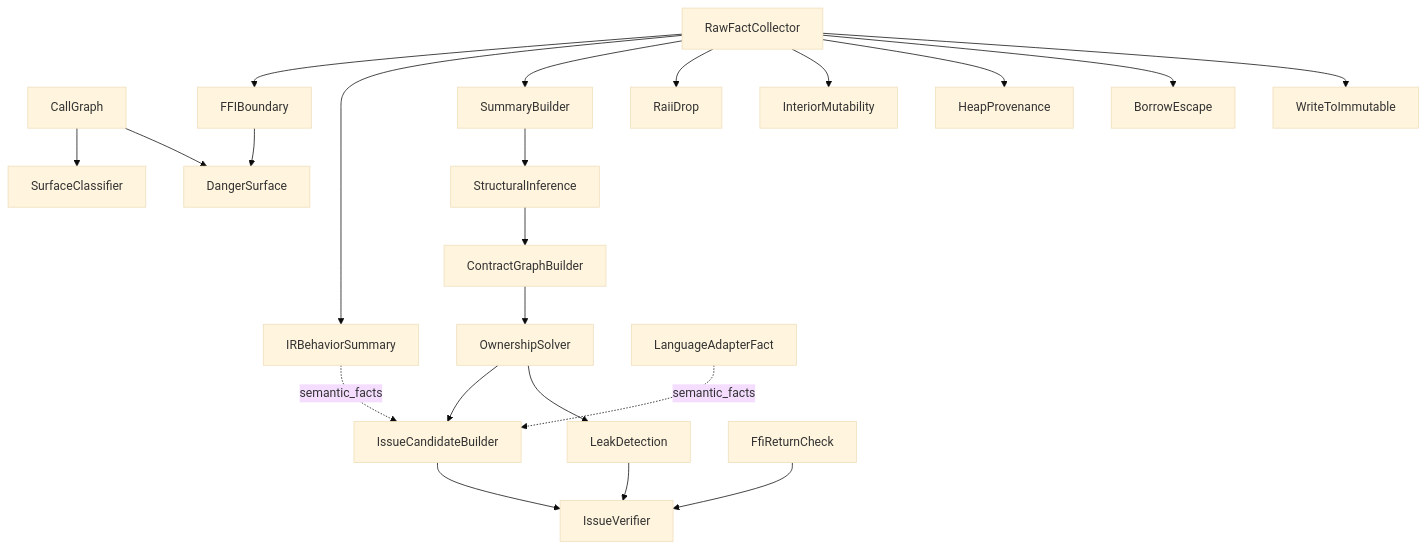
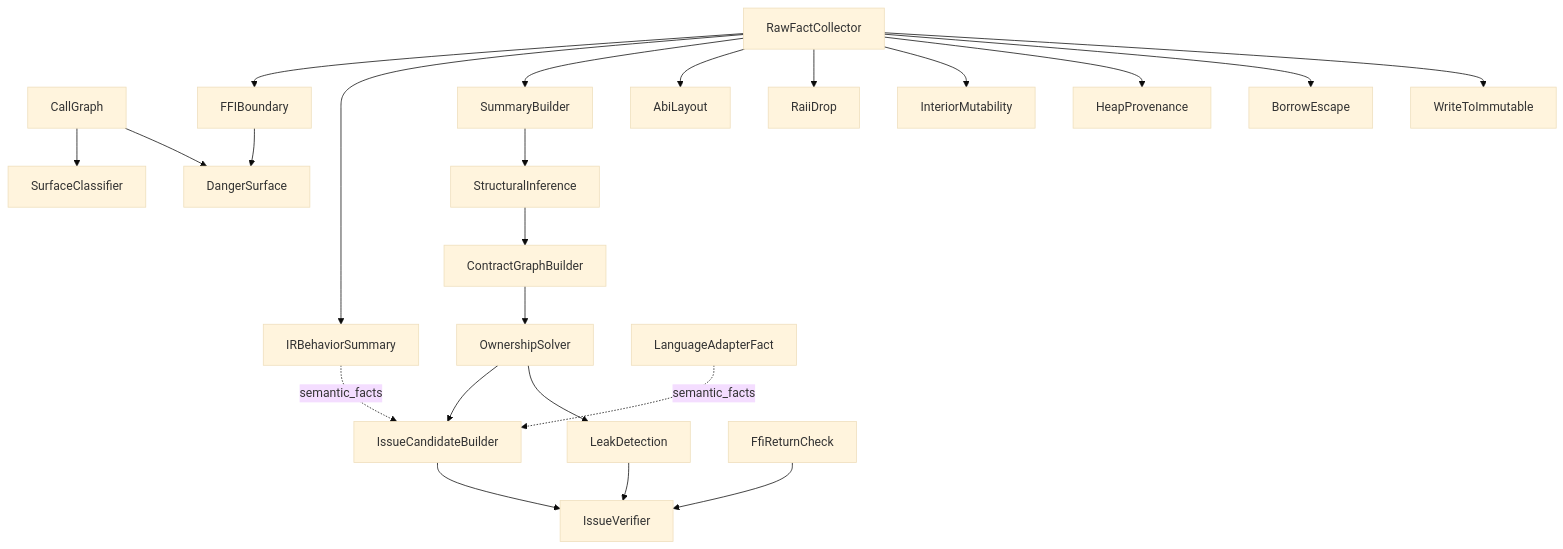
The diagram in docs/zh/passes.md (Timwood0x10/OmniScope-rs), drawn with Mermaid (base theme) before and after one commit. The commit also changed other lines of this file and 35 other files, not shown here.

````diff
--- a/docs/zh/passes.md
+++ b/docs/zh/passes.md
@@ -177,28 +133,29 @@
 ```mermaid
 graph TD
     CallGraph --> SurfaceClassifier
     CallGraph --> DangerSurface
     FFIBoundary --> DangerSurface
 
     RawFactCollector --> FFIBoundary
     RawFactCollector --> IRBehaviorSummary
     RawFactCollector --> SummaryBuilder
+    RawFactCollector --> AbiLayout
     RawFactCollector --> RaiiDrop
     RawFactCollector --> InteriorMutability
     RawFactCollector --> HeapProvenance
     RawFactCollector --> BorrowEscape
     RawFactCollector --> WriteToImmutable
 
     SummaryBuilder --> StructuralInference
     StructuralInference --> ContractGraphBuilder
     ContractGraphBuilder --> OwnershipSolver
     OwnershipSolver --> IssueCandidateBuilder
     OwnershipSolver --> LeakDetection
 
     IssueCandidateBuilder --> IssueVerifier
     FfiReturnCheck --> IssueVerifier
     LeakDetection --> IssueVerifier
 
     IRBehaviorSummary -.semantic_facts.-> IssueCandidateBuilder
     LanguageAdapterFact -.semantic_facts.-> IssueCandidateBuilder
 ```
````
